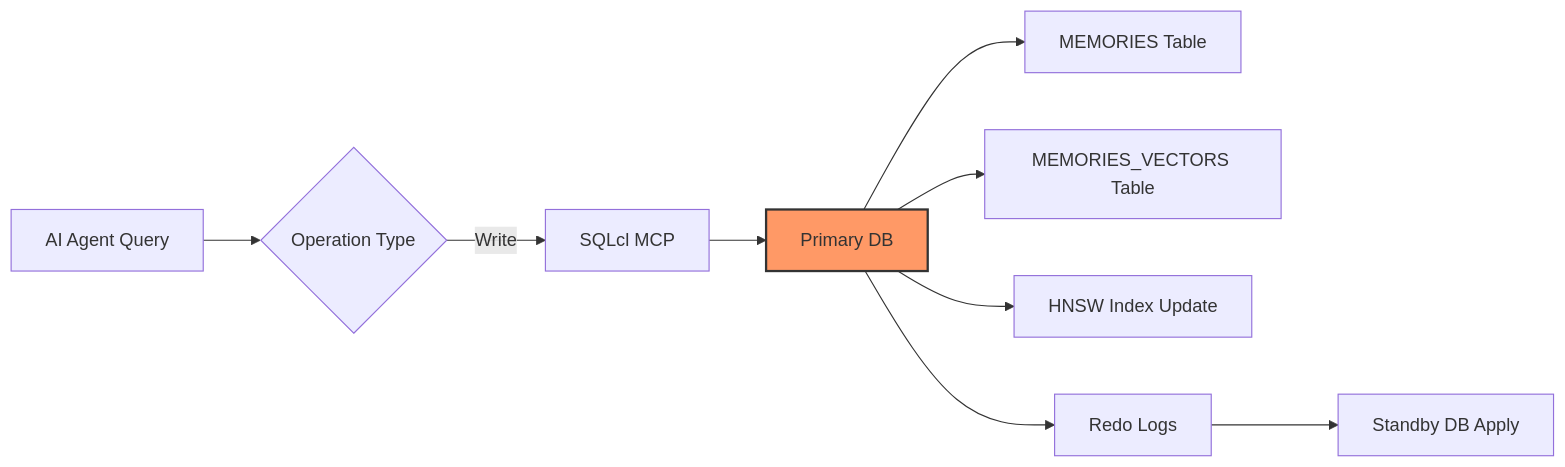
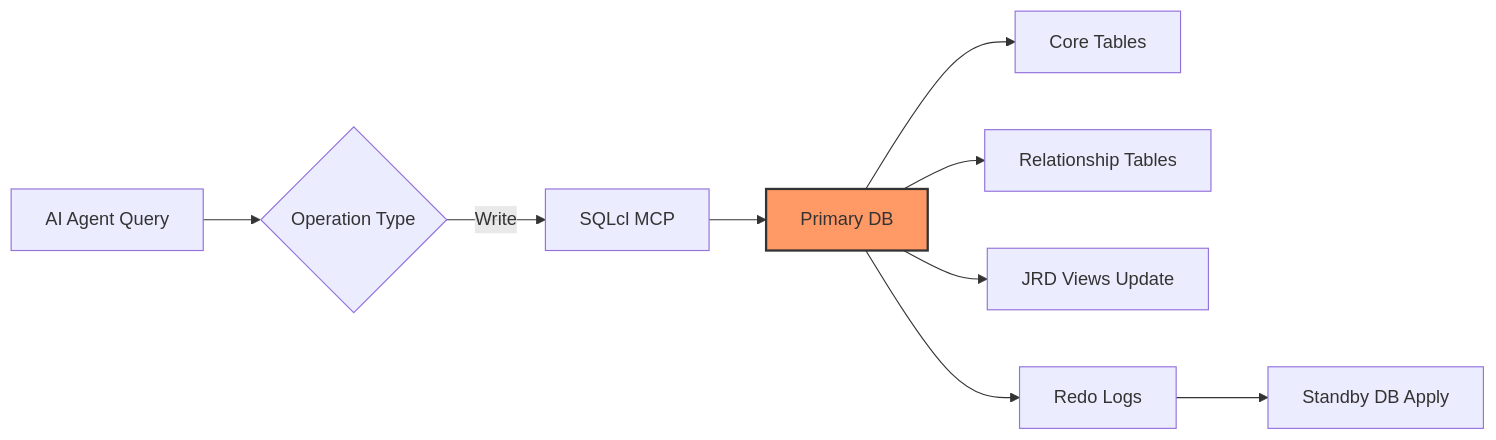
One commit to Haiwen-Yin/oracle-memory-by-yhw changed the first of 4 diagrams in README.md. Above: the diagram before and after it, drawn with Mermaid. The commit also changed other lines of this file and 3 other files, not shown here.

````diff
--- a/README.md
+++ b/README.md
@@ -128,13 +131,13 @@
 ```mermaid
 graph LR
     A[AI Agent Query] --> B{Operation Type}
     B -->|Write| C[SQLcl MCP]
     C --> D[Primary DB]
-    D --> E[MEMORIES Table]
-    D --> F[MEMORIES_VECTORS Table]
-    D --> G[HNSW Index Update]
+    D --> E[Core Tables]
+    D --> F[Relationship Tables]
+    D --> G[JRD Views Update]
     D --> H[Redo Logs]
     H --> I[Standby DB Apply]
     
     style D fill:#f96,stroke:#333,stroke-width:2px
 ```
````
